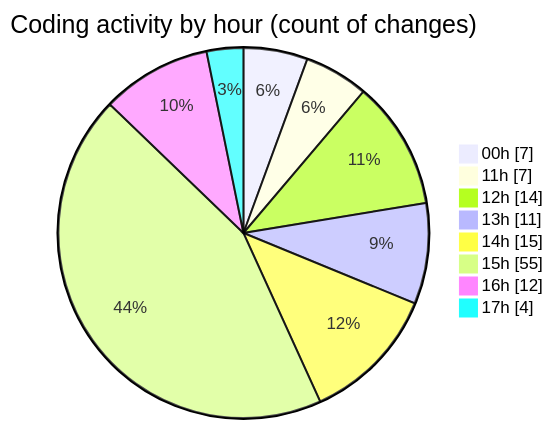
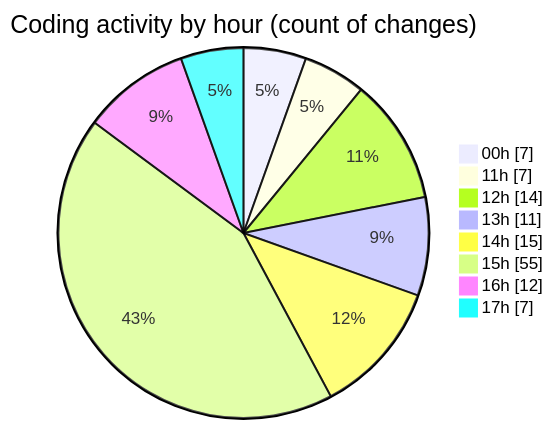
The second of 2 diagrams in 2025-10-08/eventscop-frontend-guide__workspace_/README.md (julien-gomy/code-tracking), drawn with Mermaid before and after one commit. The commit also changed other lines of this file and 1 other file, not shown here.

````diff
--- a/2025-10-08/eventscop-frontend-guide__workspace_/README.md
+++ b/2025-10-08/eventscop-frontend-guide__workspace_/README.md
@@ -49,12 +50,12 @@
 ```mermaid
 pie showData
 title Coding activity by hour (count of changes)
 "00h" : 7
 "11h" : 7
 "12h" : 14
 "13h" : 11
 "14h" : 15
 "15h" : 55
 "16h" : 12
-"17h" : 4
+"17h" : 7
 ```
````
